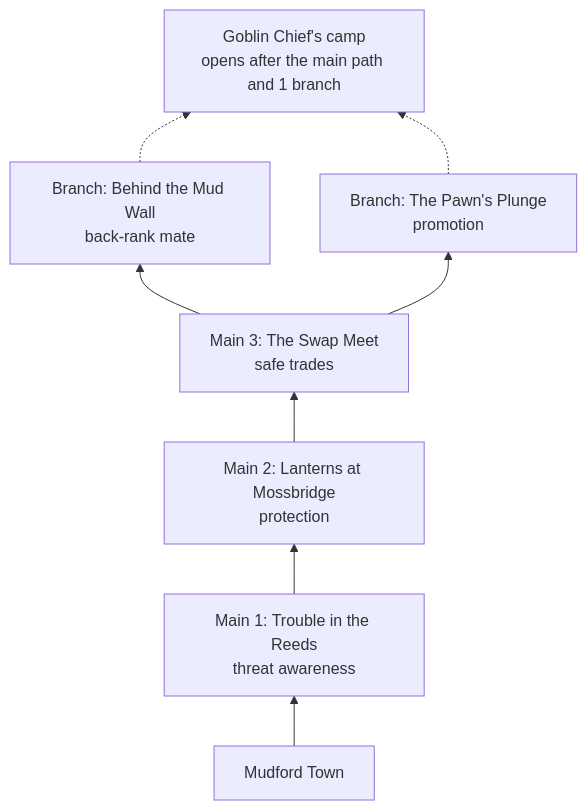
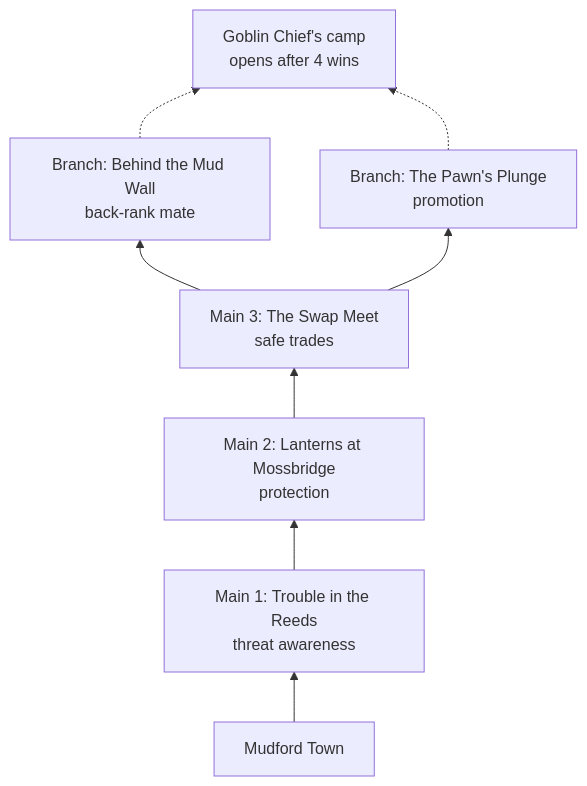
One commit to avoidthekitchen/chess-rpg-gauntlet changed the second of 2 diagrams in docs/design/regions/region-01-bog-goblins.md. Above: the diagram before and after it, drawn with Mermaid. The commit also changed other lines of this file and 7 other files, not shown here.

````diff
--- a/docs/design/regions/region-01-bog-goblins.md
+++ b/docs/design/regions/region-01-bog-goblins.md
@@ -70,10 +70,10 @@
 ```mermaid
 flowchart BT
     Town["Mudford Town"] --> Reeds["Main 1: Trouble in the Reeds<br/>threat awareness"]
     Reeds --> Guard["Main 2: Lanterns at Mossbridge<br/>protection"]
     Guard --> Trades["Main 3: The Swap Meet<br/>safe trades"]
     Trades --> Backrank["Branch: Behind the Mud Wall<br/>back-rank mate"]
     Trades --> Squire["Branch: The Pawn's Plunge<br/>promotion"]
-    Backrank -.-> Boss["Goblin Chief's camp<br/>opens after the main path and 1 branch"]
+    Backrank -.-> Boss["Goblin Chief's camp<br/>opens after 4 wins"]
     Squire -.-> Boss
 ```
````
